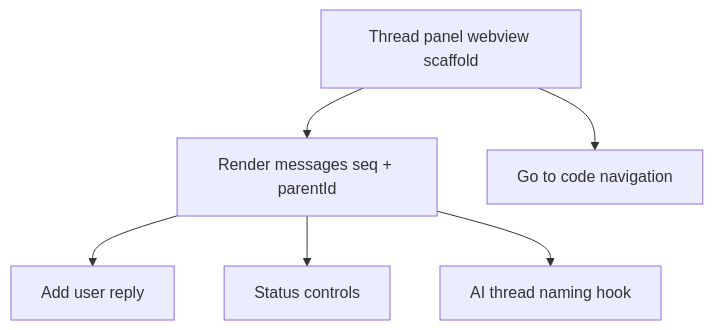
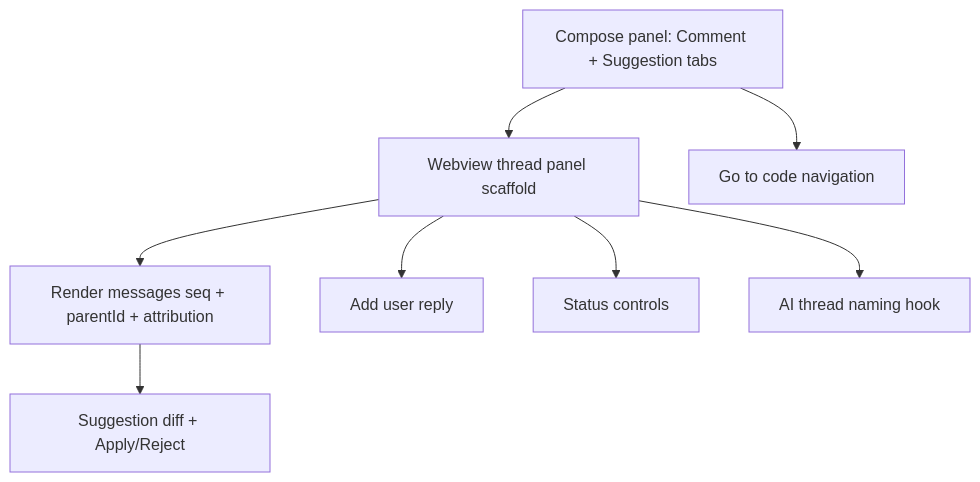
Before and after one commit to duraisamy-gokul/fix-my-comments: the diagram in plans/phase-3-thread-view/00-overview.md, drawn with Mermaid. The commit also changed other lines of this file and 36 other files, not shown here.

````diff
--- a/plans/phase-3-thread-view/00-overview.md
+++ b/plans/phase-3-thread-view/00-overview.md
@@ -24,8 +29,10 @@
 ```mermaid
 flowchart TD
-    A[Thread panel webview scaffold] --> B[Render messages seq + parentId]
-    B --> C[Add user reply]
-    B --> D[Status controls]
-    A --> E[Go to code navigation]
-    B --> F[AI thread naming hook]
+    A[Compose panel: Comment + Suggestion tabs] --> B[Webview thread panel scaffold]
+    B --> C[Render messages seq + parentId + attribution]
+    B --> D[Add user reply]
+    C --> E[Suggestion diff + Apply/Reject]
+    B --> F[Status controls]
+    A --> G[Go to code navigation]
+    B --> H[AI thread naming hook]
 ```
````
